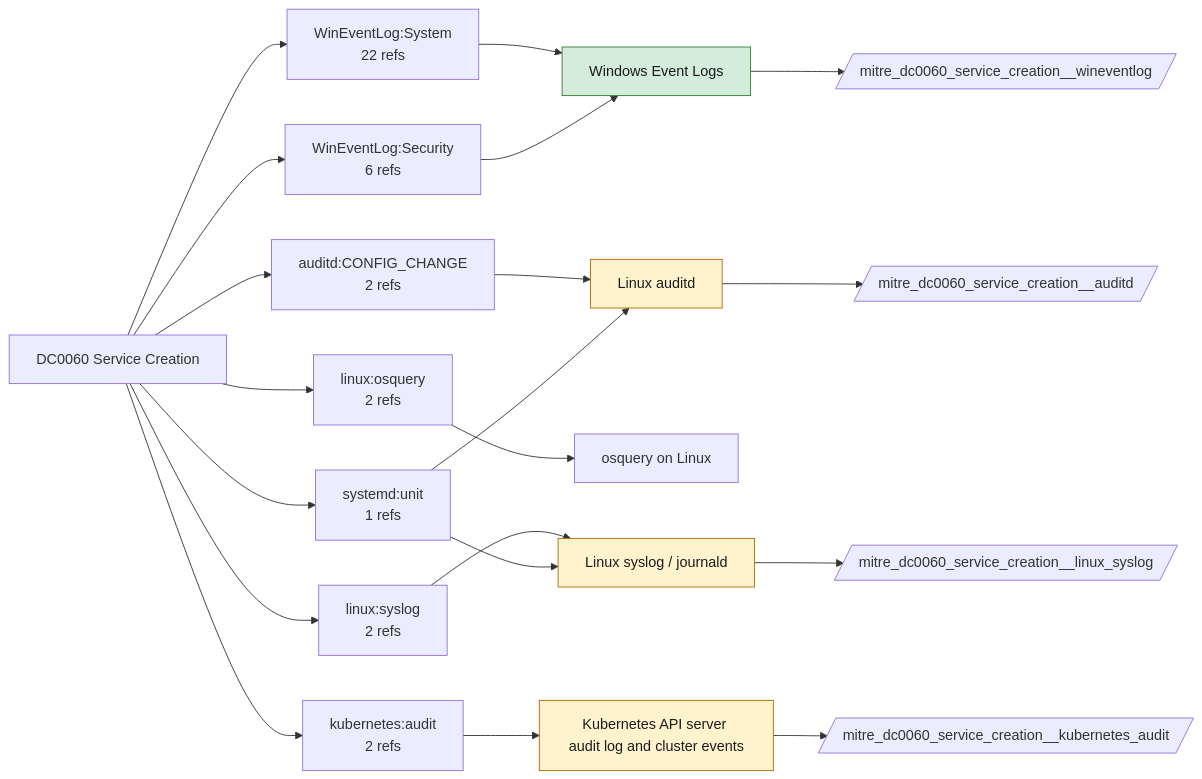
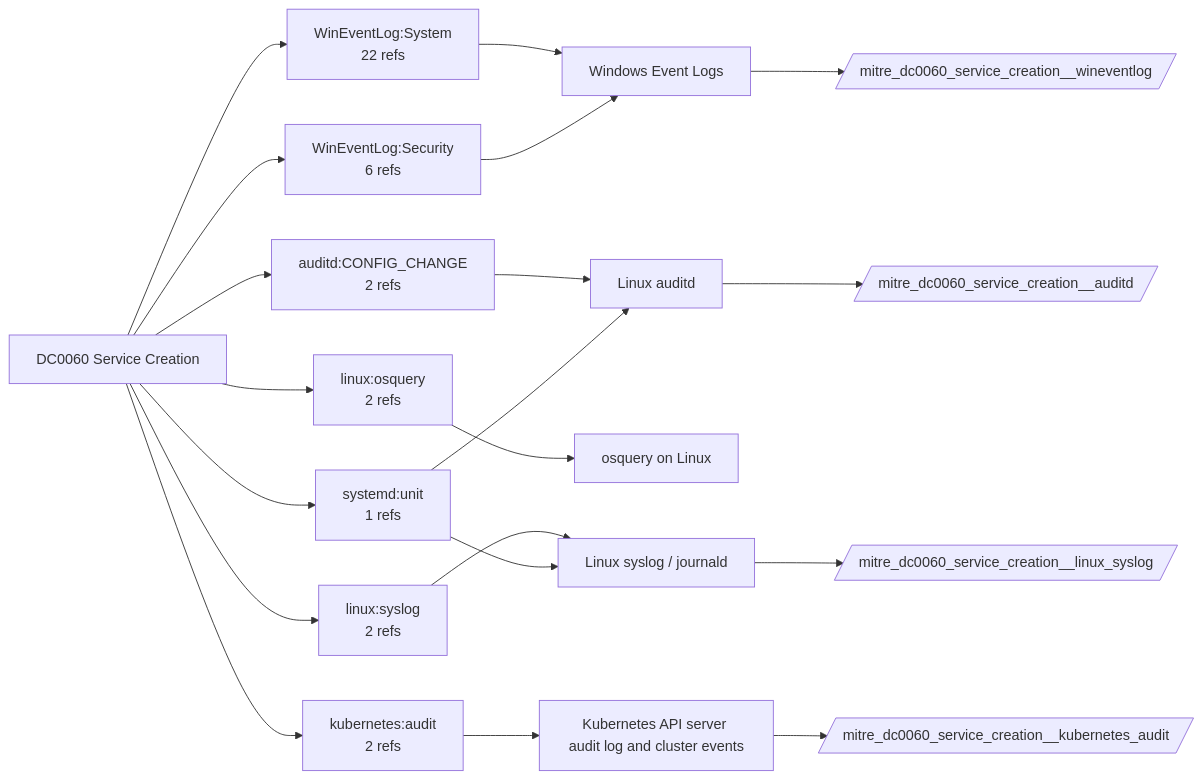
Before and after one commit to dev-nobytes-io/mitre-defensive-mappings-spl: the diagram in docs/data-components/DC0060-service-creation.md, drawn with Mermaid. The commit also changed other lines of this file and 366 other files, not shown here.

````diff
--- a/docs/data-components/DC0060-service-creation.md
+++ b/docs/data-components/DC0060-service-creation.md
@@ -19,34 +19,28 @@
 ```mermaid
 flowchart LR
   DC["DC0060 Service Creation"]
   DC --> LS0["WinEventLog:System<br/>22 refs"]
   F_wineventlog["Windows Event Logs"]
   LS0 --> F_wineventlog
   DC --> LS1["WinEventLog:Security<br/>6 refs"]
   LS1 --> F_wineventlog
   DC --> LS2["auditd:CONFIG_CHANGE<br/>2 refs"]
   F_auditd["Linux auditd"]
   LS2 --> F_auditd
   DC --> LS3["linux:osquery<br/>2 refs"]
   F_linux_osquery["osquery on Linux"]
   LS3 --> F_linux_osquery
   DC --> LS4["linux:syslog<br/>2 refs"]
   F_linux_syslog["Linux syslog / journald"]
   LS4 --> F_linux_syslog
   DC --> LS5["kubernetes:audit<br/>2 refs"]
   F_kubernetes_audit["Kubernetes API server audit log and cluster events"]
   LS5 --> F_kubernetes_audit
   DC --> LS6["systemd:unit<br/>1 refs"]
   LS6 --> F_linux_syslog
   LS6 --> F_auditd
+  F_auditd --> ET_auditd[/"mitre_dc0060_service_creation__auditd"/]
+  F_kubernetes_audit --> ET_kubernetes_audit[/"mitre_dc0060_service_creation__kubernetes_audit"/]
+  F_linux_syslog --> ET_linux_syslog[/"mitre_dc0060_service_creation__linux_syslog"/]
   F_wineventlog --> ET_wineventlog[/"mitre_dc0060_service_creation__wineventlog"/]
-  class F_wineventlog live
-  F_auditd --> ET_auditd[/"mitre_dc0060_service_creation__auditd"/]
-  class F_auditd ready
-  F_kubernetes_audit --> ET_kubernetes_audit[/"mitre_dc0060_service_creation__kubernetes_audit"/]
-  class F_kubernetes_audit ready
-  F_linux_syslog --> ET_linux_syslog[/"mitre_dc0060_service_creation__linux_syslog"/]
-  class F_linux_syslog ready
-  classDef live fill:#d4edda,stroke:#2e7d32,color:#1b1b1b
-  classDef ready fill:#fff3cd,stroke:#b26a00,color:#1b1b1b
 ```
````
